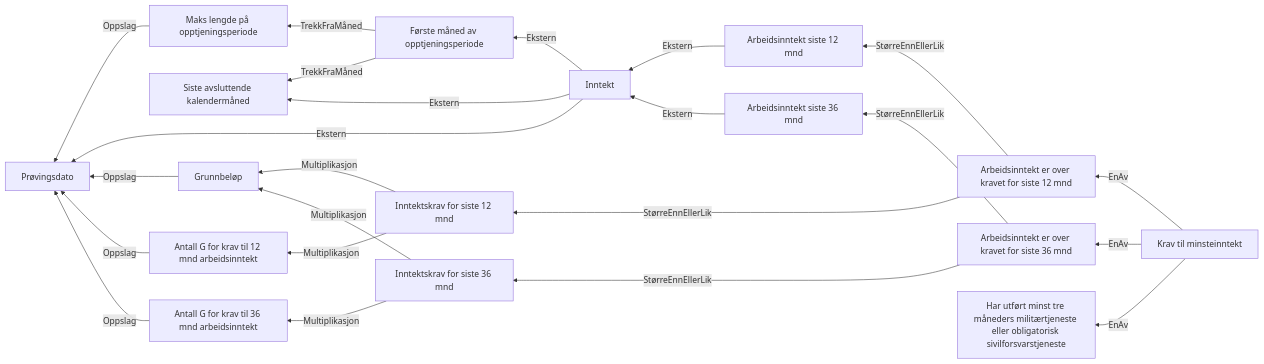
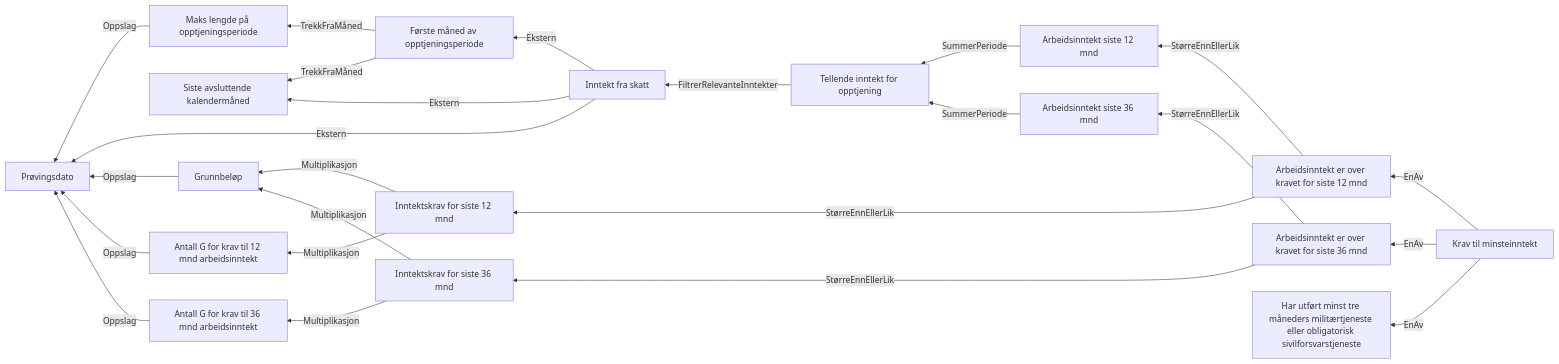
One commit to navikt/dp-vedtak changed the diagram in docs/regler/§ 4-4. Krav til minsteinntekt.approved.md. Above: the diagram before and after it, drawn with Mermaid. The commit also changed 18 other files, not shown here.

Commit message:
Henter inntekt fra minsteinntekt-steget som brukes viderer i reglene.

````diff
--- a/docs/regler/§ 4-4. Krav til minsteinntekt.approved.md
+++ b/docs/regler/§ 4-4. Krav til minsteinntekt.approved.md
@@ -5,25 +5,26 @@
 ```mermaid
 graph RL
   A["Maks lengde på opptjeningsperiode"] -->|"Oppslag"| B["Prøvingsdato"]
   C["Første måned av opptjeningsperiode"] -->|"TrekkFraMåned"| D["Siste avsluttende kalendermåned"]
   C["Første måned av opptjeningsperiode"] -->|"TrekkFraMåned"| A["Maks lengde på opptjeningsperiode"]
-  E["Inntekt"] -->|"Ekstern"| B["Prøvingsdato"]
-  E["Inntekt"] -->|"Ekstern"| D["Siste avsluttende kalendermåned"]
-  E["Inntekt"] -->|"Ekstern"| C["Første måned av opptjeningsperiode"]
-  F["Grunnbeløp"] -->|"Oppslag"| B["Prøvingsdato"]
-  G["Arbeidsinntekt siste 12 mnd"] -->|"Ekstern"| E["Inntekt"]
-  H["Antall G for krav til 12 mnd arbeidsinntekt"] -->|"Oppslag"| B["Prøvingsdato"]
-  I["Inntektskrav for siste 12 mnd"] -->|"Multiplikasjon"| F["Grunnbeløp"]
-  I["Inntektskrav for siste 12 mnd"] -->|"Multiplikasjon"| H["Antall G for krav til 12 mnd arbeidsinntekt"]
-  J["Arbeidsinntekt er over kravet for siste 12 mnd"] -->|"StørreEnnEllerLik"| G["Arbeidsinntekt siste 12 mnd"]
-  J["Arbeidsinntekt er over kravet for siste 12 mnd"] -->|"StørreEnnEllerLik"| I["Inntektskrav for siste 12 mnd"]
-  K["Arbeidsinntekt siste 36 mnd"] -->|"Ekstern"| E["Inntekt"]
-  L["Antall G for krav til 36 mnd arbeidsinntekt"] -->|"Oppslag"| B["Prøvingsdato"]
-  M["Inntektskrav for siste 36 mnd"] -->|"Multiplikasjon"| F["Grunnbeløp"]
-  M["Inntektskrav for siste 36 mnd"] -->|"Multiplikasjon"| L["Antall G for krav til 36 mnd arbeidsinntekt"]
-  N["Arbeidsinntekt er over kravet for siste 36 mnd"] -->|"StørreEnnEllerLik"| K["Arbeidsinntekt siste 36 mnd"]
-  N["Arbeidsinntekt er over kravet for siste 36 mnd"] -->|"StørreEnnEllerLik"| M["Inntektskrav for siste 36 mnd"]
-  O["Krav til minsteinntekt"] -->|"EnAv"| J["Arbeidsinntekt er over kravet for siste 12 mnd"]
-  O["Krav til minsteinntekt"] -->|"EnAv"| N["Arbeidsinntekt er over kravet for siste 36 mnd"]
-  O["Krav til minsteinntekt"] -->|"EnAv"| P["Har utført minst tre måneders militærtjeneste eller obligatorisk sivilforsvarstjeneste"]
+  E["Inntekt fra skatt"] -->|"Ekstern"| B["Prøvingsdato"]
+  E["Inntekt fra skatt"] -->|"Ekstern"| D["Siste avsluttende kalendermåned"]
+  E["Inntekt fra skatt"] -->|"Ekstern"| C["Første måned av opptjeningsperiode"]
+  F["Tellende inntekt for opptjening"] -->|"FiltrerRelevanteInntekter"| E["Inntekt fra skatt"]
+  G["Grunnbeløp"] -->|"Oppslag"| B["Prøvingsdato"]
+  H["Arbeidsinntekt siste 12 mnd"] -->|"SummerPeriode"| F["Tellende inntekt for opptjening"]
+  I["Antall G for krav til 12 mnd arbeidsinntekt"] -->|"Oppslag"| B["Prøvingsdato"]
+  J["Inntektskrav for siste 12 mnd"] -->|"Multiplikasjon"| G["Grunnbeløp"]
+  J["Inntektskrav for siste 12 mnd"] -->|"Multiplikasjon"| I["Antall G for krav til 12 mnd arbeidsinntekt"]
+  K["Arbeidsinntekt er over kravet for siste 12 mnd"] -->|"StørreEnnEllerLik"| H["Arbeidsinntekt siste 12 mnd"]
+  K["Arbeidsinntekt er over kravet for siste 12 mnd"] -->|"StørreEnnEllerLik"| J["Inntektskrav for siste 12 mnd"]
+  L["Arbeidsinntekt siste 36 mnd"] -->|"SummerPeriode"| F["Tellende inntekt for opptjening"]
+  M["Antall G for krav til 36 mnd arbeidsinntekt"] -->|"Oppslag"| B["Prøvingsdato"]
+  N["Inntektskrav for siste 36 mnd"] -->|"Multiplikasjon"| G["Grunnbeløp"]
+  N["Inntektskrav for siste 36 mnd"] -->|"Multiplikasjon"| M["Antall G for krav til 36 mnd arbeidsinntekt"]
+  O["Arbeidsinntekt er over kravet for siste 36 mnd"] -->|"StørreEnnEllerLik"| L["Arbeidsinntekt siste 36 mnd"]
+  O["Arbeidsinntekt er over kravet for siste 36 mnd"] -->|"StørreEnnEllerLik"| N["Inntektskrav for siste 36 mnd"]
+  P["Krav til minsteinntekt"] -->|"EnAv"| K["Arbeidsinntekt er over kravet for siste 12 mnd"]
+  P["Krav til minsteinntekt"] -->|"EnAv"| O["Arbeidsinntekt er over kravet for siste 36 mnd"]
+  P["Krav til minsteinntekt"] -->|"EnAv"| Q["Har utført minst tre måneders militærtjeneste eller obligatorisk sivilforsvarstjeneste"]
 ```
````
